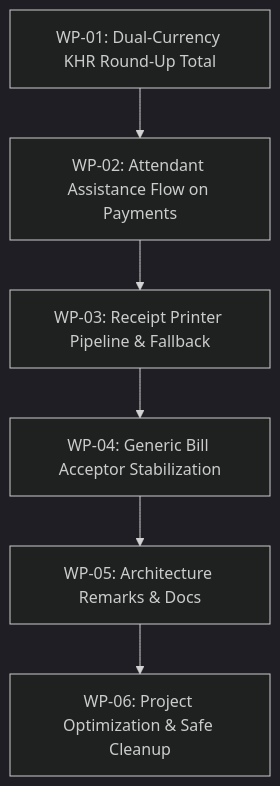
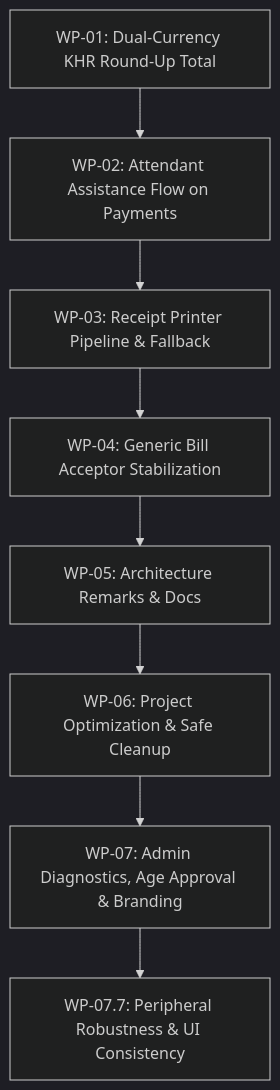
Before and after one commit to Thylyyong/testingCashRecycling: the diagram in ENGINEERING_TASKS.md, drawn with Mermaid (dark theme). The commit also changed other lines of this file and 22 other files, not shown here.

Commit message:
feat(branding,i18n,hal): dynamic store branding, Khmer age-alert i18n, scanner noise filtering & help icon consistency

````diff
--- a/ENGINEERING_TASKS.md
+++ b/ENGINEERING_TASKS.md
@@ -132,8 +142,10 @@
 ```mermaid
 graph TD
     A["WP-01: Dual-Currency KHR Round-Up Total"] --> B["WP-02: Attendant Assistance Flow on Payments"]
     B --> C["WP-03: Receipt Printer Pipeline & Fallback"]
     C --> D["WP-04: Generic Bill Acceptor Stabilization"]
     D --> E["WP-05: Architecture Remarks & Docs"]
     E --> F["WP-06: Project Optimization & Safe Cleanup"]
+    F --> G["WP-07: Admin Diagnostics, Age Approval & Branding"]
+    G --> H["WP-07.7: Peripheral Robustness & UI Consistency"]
 ```
````
